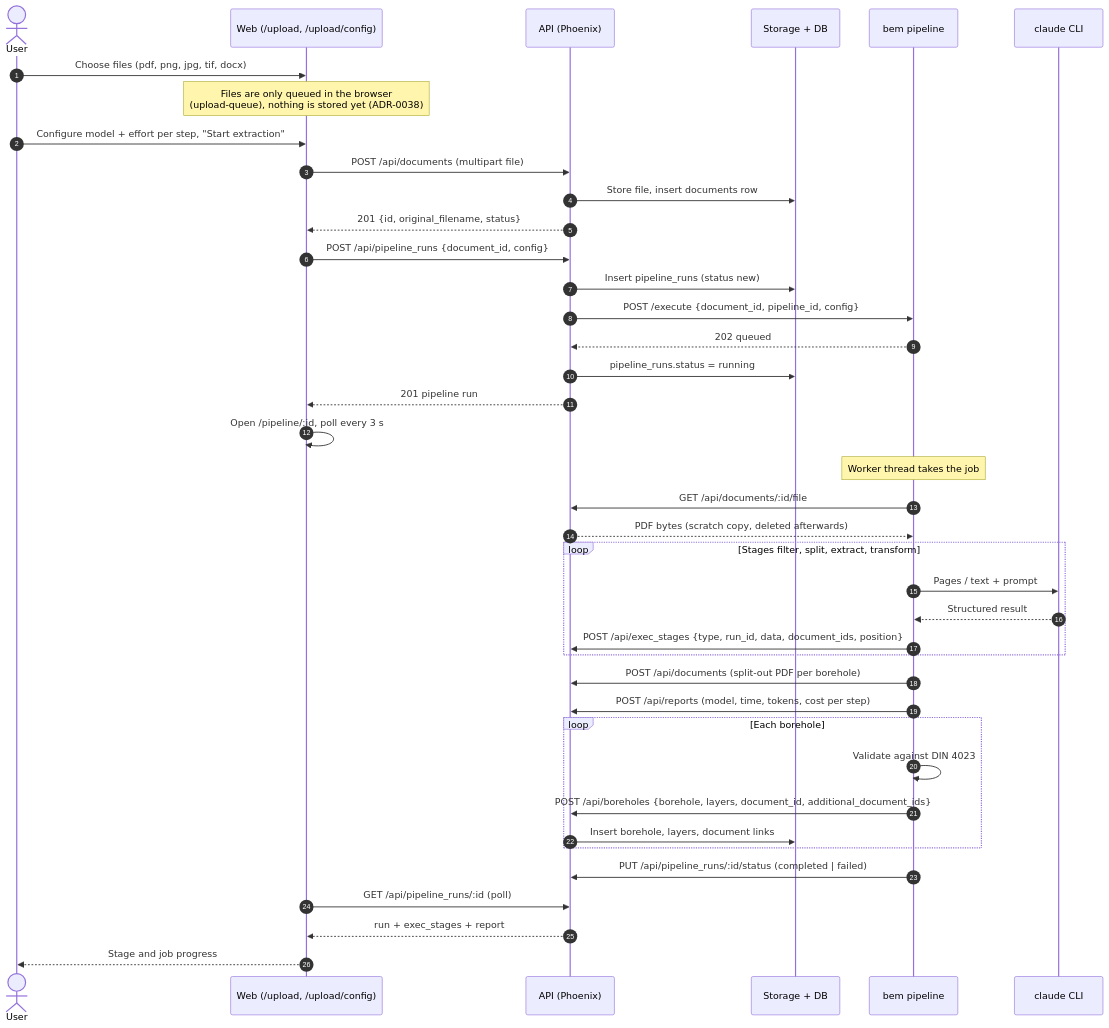
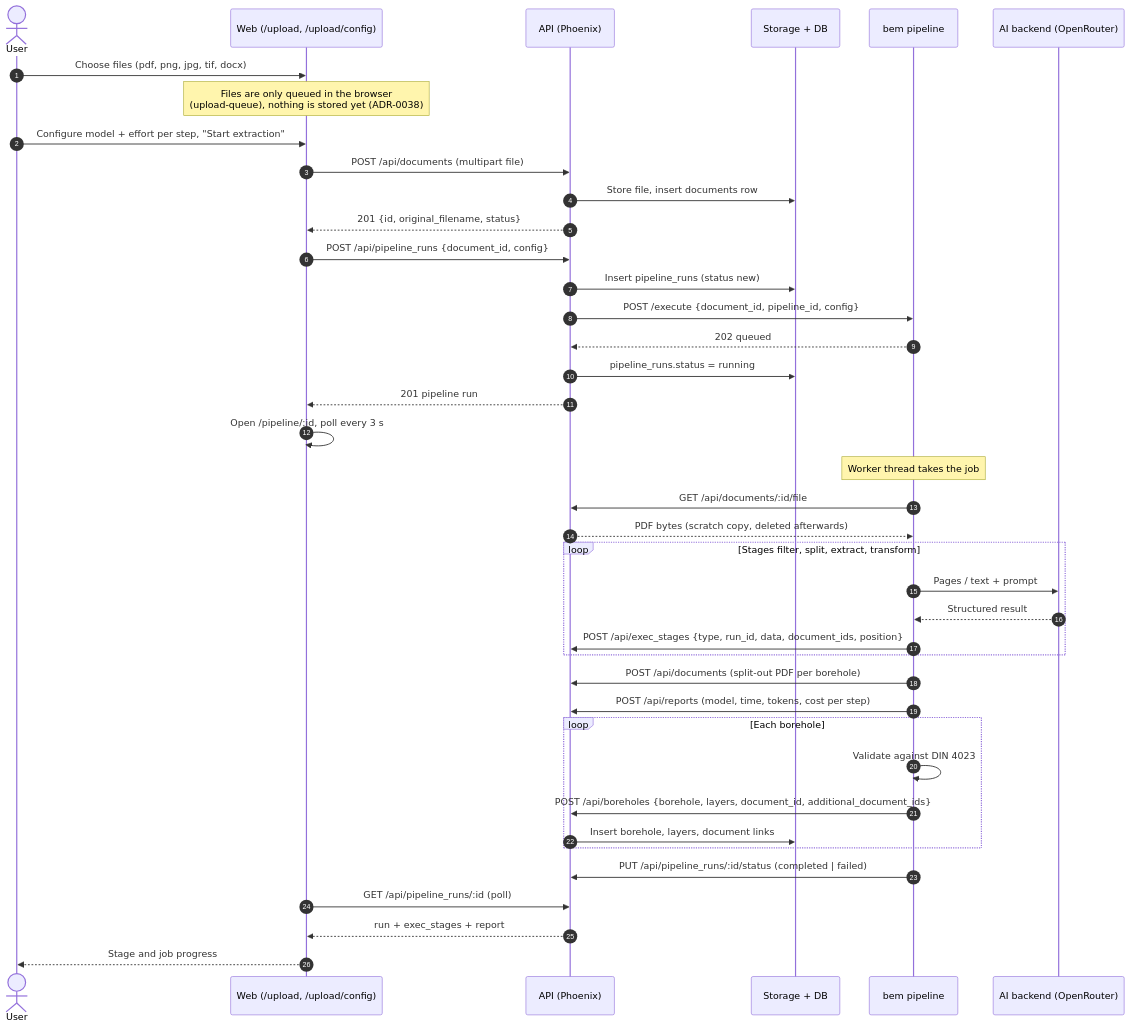
One commit to t-kelsey/smart-automation changed the second of 4 diagrams in docs/architecture.md. Above: the diagram before and after it, drawn with Mermaid. The commit also changed other lines of this file and 8 other files, not shown here.

````diff
--- a/docs/architecture.md
+++ b/docs/architecture.md
@@ -48,45 +48,45 @@
 ```mermaid
 sequenceDiagram
     autonumber
     actor U as User
     participant W as Web (/upload, /upload/config)
     participant A as API (Phoenix)
     participant S as Storage + DB
     participant P as bem pipeline
-    participant C as claude CLI
+    participant C as AI backend (OpenRouter)
 
     U->>W: Choose files (pdf, png, jpg, tif, docx)
     Note over W: Files are only queued in the browser<br/>(upload-queue), nothing is stored yet (ADR-0038)
     U->>W: Configure model + effort per step, "Start extraction"
     W->>A: POST /api/documents (multipart file)
     A->>S: Store file, insert documents row
     A-->>W: 201 {id, original_filename, status}
     W->>A: POST /api/pipeline_runs {document_id, config}
     A->>S: Insert pipeline_runs (status new)
     A->>P: POST /execute {document_id, pipeline_id, config}
     P-->>A: 202 queued
     A->>S: pipeline_runs.status = running
     A-->>W: 201 pipeline run
     W->>W: Open /pipeline/:id, poll every 3 s
 
     Note over P: Worker thread takes the job
     P->>A: GET /api/documents/:id/file
     A-->>P: PDF bytes (scratch copy, deleted afterwards)
     loop Stages filter, split, extract, transform
         P->>C: Pages / text + prompt
         C-->>P: Structured result
         P->>A: POST /api/exec_stages {type, run_id, data, document_ids, position}
     end
     P->>A: POST /api/documents (split-out PDF per borehole)
     P->>A: POST /api/reports (model, time, tokens, cost per step)
     loop Each borehole
         P->>P: Validate against DIN 4023
         P->>A: POST /api/boreholes {borehole, layers, document_id, additional_document_ids}
         A->>S: Insert borehole, layers, document links
     end
     P->>A: PUT /api/pipeline_runs/:id/status (completed | failed)
 
     W->>A: GET /api/pipeline_runs/:id (poll)
     A-->>W: run + exec_stages + report
     W-->>U: Stage and job progress
 ```
````
